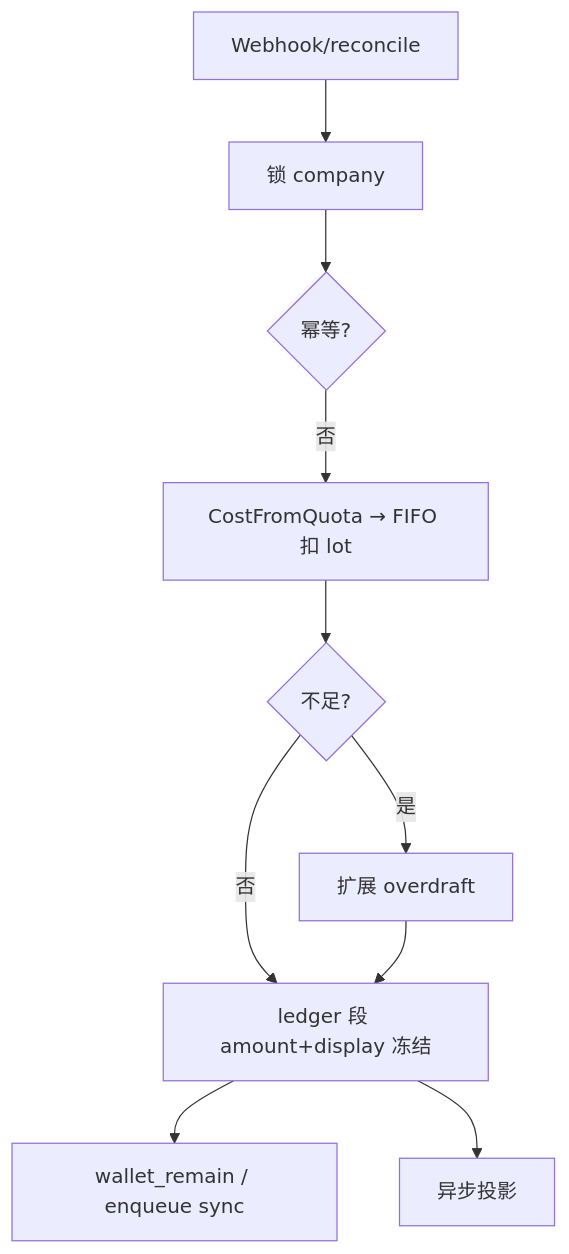
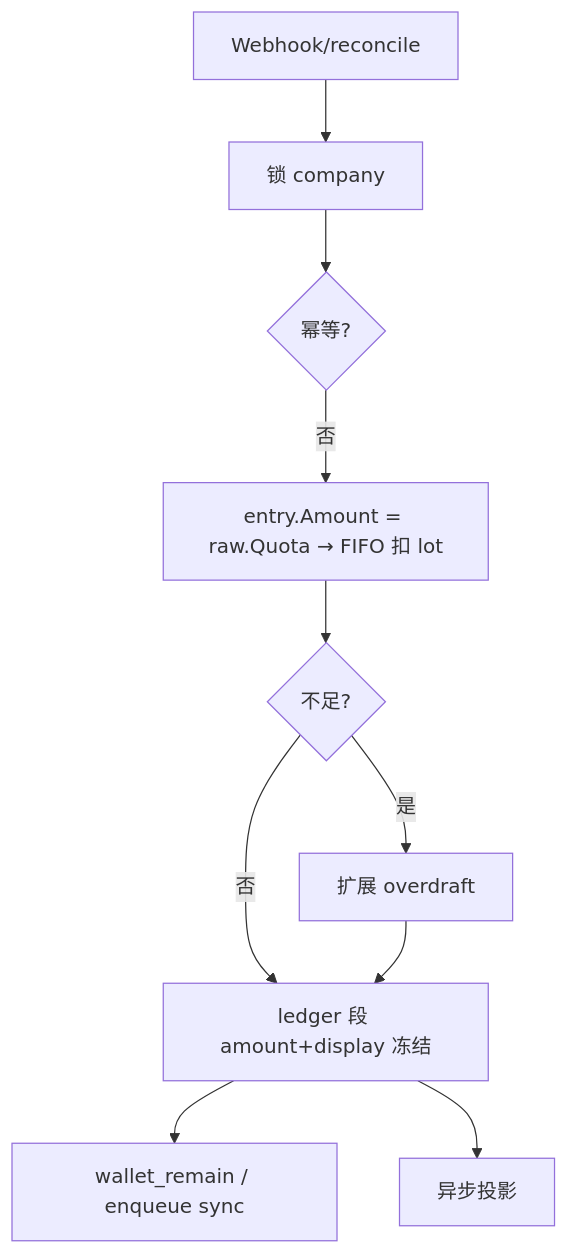
One commit to quyip8818/mytokenjoy changed the fifth of 6 diagrams in docs/Backend-计费模式.md. Above: the diagram before and after it, drawn with Mermaid. The commit also changed other lines of this file and 17 other files, not shown here.

````diff
--- a/docs/Backend-计费模式.md
+++ b/docs/Backend-计费模式.md
@@ -192,12 +190,12 @@
 ```mermaid
 flowchart TD
   A[Webhook/reconcile] --> B[锁 company]
   B --> C{幂等?}
-  C -->|否| D[CostFromQuota → FIFO 扣 lot]
+  C -->|否| D[entry.Amount = raw.Quota → FIFO 扣 lot]
   D --> E{不足?}
   E -->|是| F[扩展 overdraft]
   E -->|否| G[ledger 段 amount+display 冻结]
   F --> G
   G --> H[wallet_remain / enqueue sync]
   G --> I[异步投影]
 ```
````
